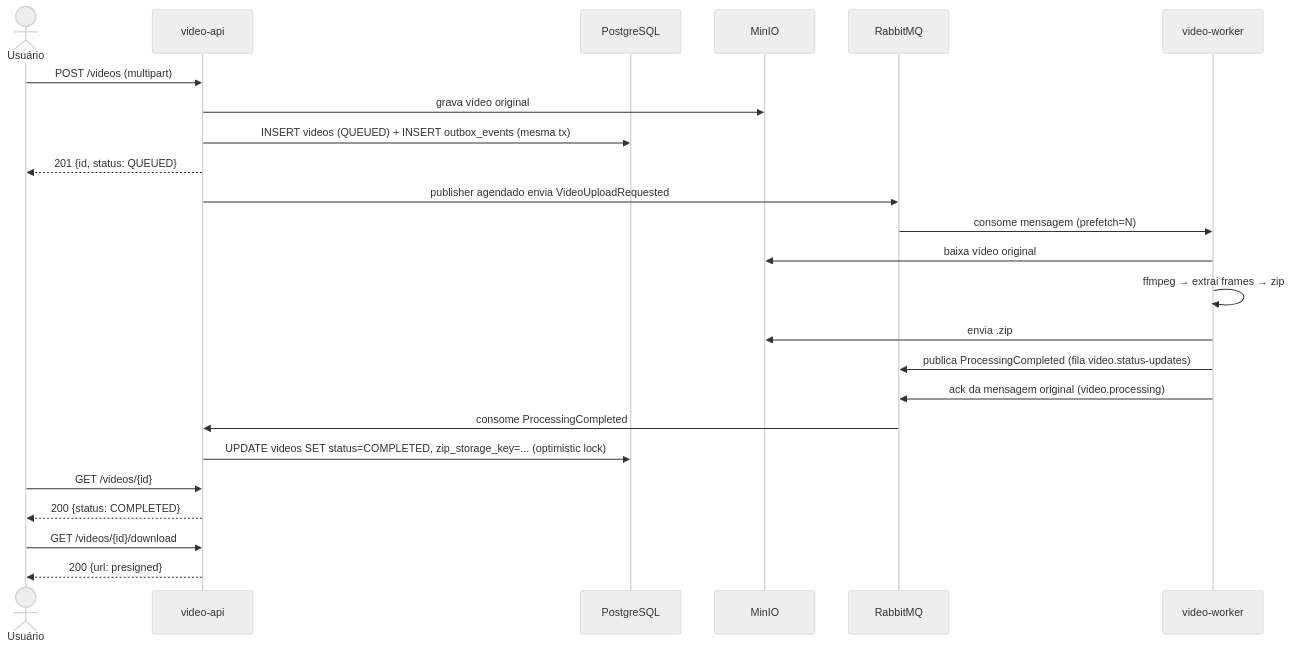
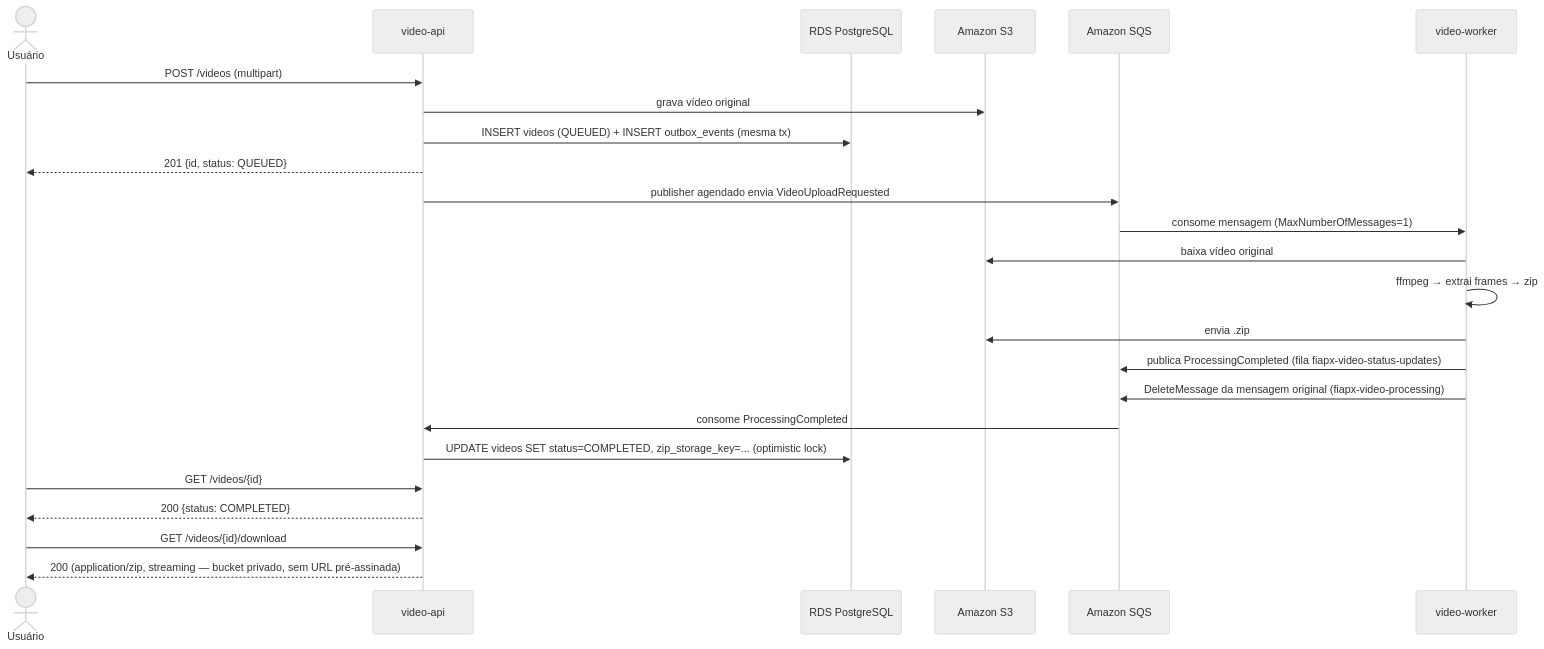
The fourth of 5 diagrams in docs/architecture/hld-lld-adr-rfc.md (fredericoffs/fiapx-video-platform), drawn with Mermaid before and after one commit. The commit also changed other lines of this file and 8 other files, not shown here.

````diff
--- a/docs/architecture/hld-lld-adr-rfc.md
+++ b/docs/architecture/hld-lld-adr-rfc.md
@@ -303,34 +305,34 @@
 ```mermaid
 ---
 config:
   theme: neutral
   layout: elk
   look: classic
   fontFamily: '''Inter Variable'', sans-serif'
 ---
 sequenceDiagram
     actor U as Usuário
     participant API as video-api
-    participant PG as PostgreSQL
-    participant S3 as MinIO
-    participant MQ as RabbitMQ
+    participant PG as RDS PostgreSQL
+    participant S3 as Amazon S3
+    participant MQ as Amazon SQS
     participant W as video-worker
 
     U->>API: POST /videos (multipart)
     API->>S3: grava vídeo original
     API->>PG: INSERT videos (QUEUED) + INSERT outbox_events (mesma tx)
     API-->>U: 201 {id, status: QUEUED}
     API->>MQ: publisher agendado envia VideoUploadRequested
-    MQ->>W: consome mensagem (prefetch=N)
+    MQ->>W: consome mensagem (MaxNumberOfMessages=1)
     W->>S3: baixa vídeo original
     W->>W: ffmpeg → extrai frames → zip
     W->>S3: envia .zip
-    W->>MQ: publica ProcessingCompleted (fila video.status-updates)
-    W->>MQ: ack da mensagem original (video.processing)
+    W->>MQ: publica ProcessingCompleted (fila fiapx-video-status-updates)
+    W->>MQ: DeleteMessage da mensagem original (fiapx-video-processing)
     MQ->>API: consome ProcessingCompleted
     API->>PG: UPDATE videos SET status=COMPLETED, zip_storage_key=... (optimistic lock)
     U->>API: GET /videos/{id}
     API-->>U: 200 {status: COMPLETED}
     U->>API: GET /videos/{id}/download
-    API-->>U: 200 {url: presigned}
+    API-->>U: 200 (application/zip, streaming — bucket privado, sem URL pré-assinada)
 ```
````
